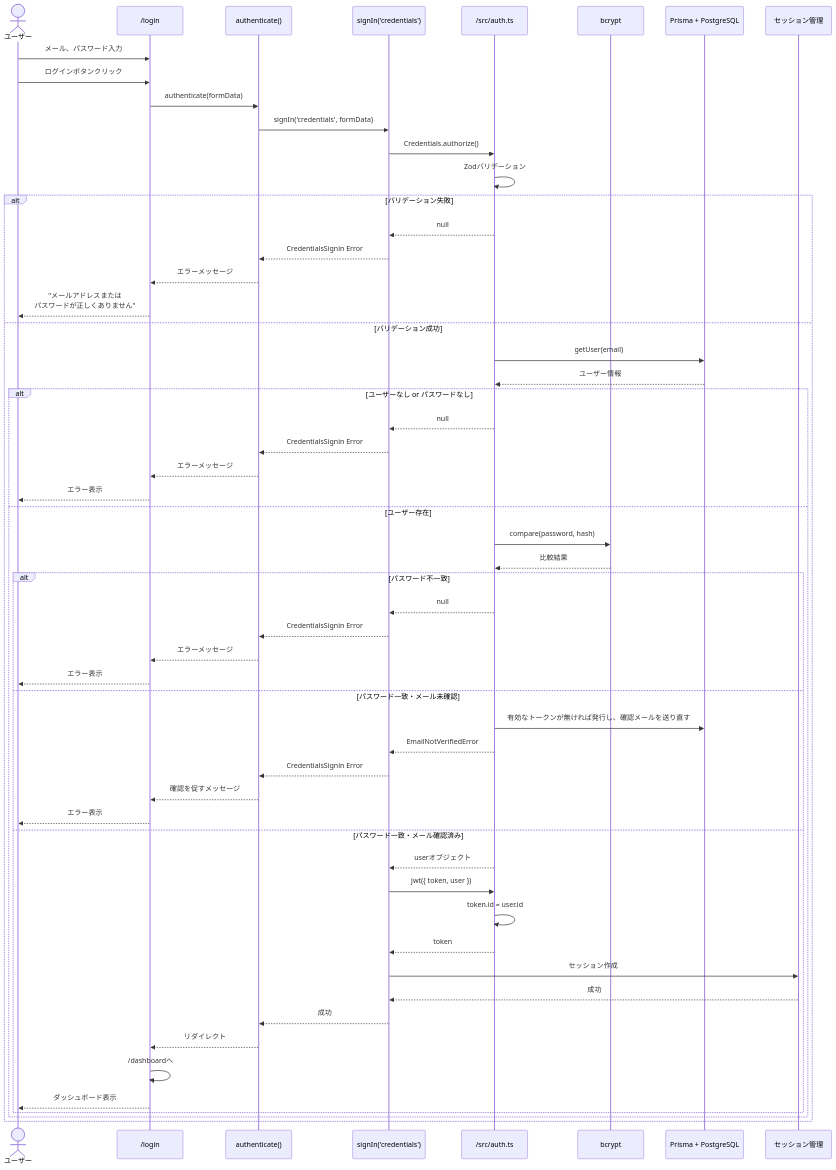
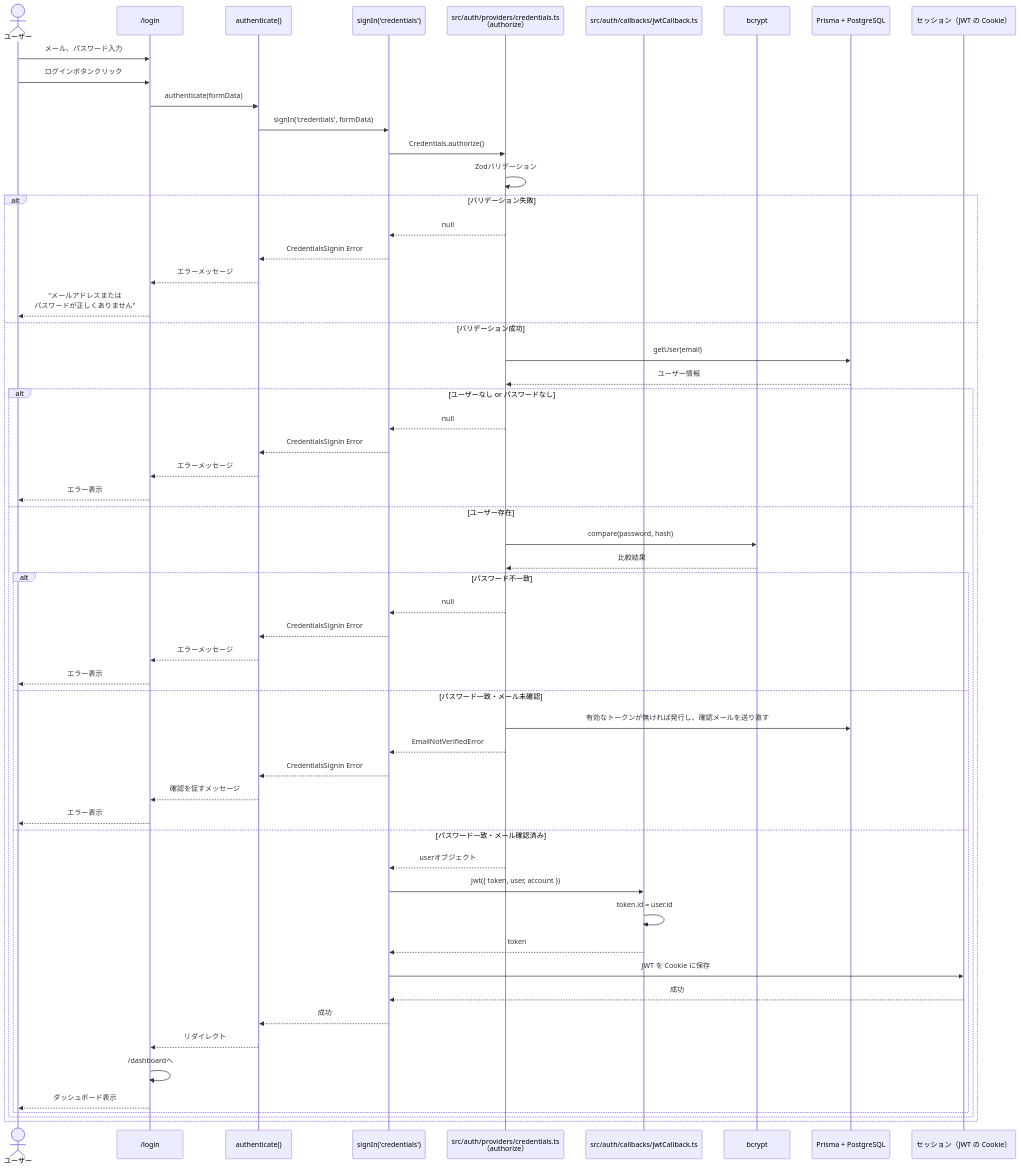
Before and after one commit to kazumadev619-dev/FishingConditionsApp: the third of 11 diagrams in docs/reference/authentication-diagrams.md, drawn with Mermaid. The commit also changed other lines of this file and 6 other files, not shown here.

````diff
--- a/docs/reference/authentication-diagrams.md
+++ b/docs/reference/authentication-diagrams.md
@@ -132,65 +132,66 @@
 ```mermaid
 sequenceDiagram
     actor User as ユーザー
     participant UI as /login
     participant Action as authenticate()
     participant NextAuth as signIn('credentials')
-    participant AuthTS as /src/auth.ts
+    participant AuthTS as src/auth/providers/credentials.ts<br/>（authorize）
+    participant JWT as src/auth/callbacks/jwtCallback.ts
     participant Bcrypt as bcrypt
     participant DB as Prisma + PostgreSQL
-    participant Session as セッション管理
+    participant Session as セッション（JWT の Cookie）
 
     User->>UI: メール、パスワード入力
     User->>UI: ログインボタンクリック
     UI->>Action: authenticate(formData)
     Action->>NextAuth: signIn('credentials', formData)
 
     NextAuth->>AuthTS: Credentials.authorize()
     AuthTS->>AuthTS: Zodバリデーション
 
     alt バリデーション失敗
         AuthTS-->>NextAuth: null
         NextAuth-->>Action: CredentialsSignin Error
         Action-->>UI: エラーメッセージ
         UI-->>User: "メールアドレスまたは<br/>パスワードが正しくありません"
     else バリデーション成功
         AuthTS->>DB: getUser(email)
         DB-->>AuthTS: ユーザー情報
 
         alt ユーザーなし or パスワードなし
             AuthTS-->>NextAuth: null
             NextAuth-->>Action: CredentialsSignin Error
             Action-->>UI: エラーメッセージ
             UI-->>User: エラー表示
         else ユーザー存在
             AuthTS->>Bcrypt: compare(password, hash)
             Bcrypt-->>AuthTS: 比較結果
 
             alt パスワード不一致
                 AuthTS-->>NextAuth: null
                 NextAuth-->>Action: CredentialsSignin Error
                 Action-->>UI: エラーメッセージ
                 UI-->>User: エラー表示
             else パスワード一致・メール未確認
                 AuthTS->>DB: 有効なトークンが無ければ発行し、確認メールを送り直す
                 AuthTS-->>NextAuth: EmailNotVerifiedError
                 NextAuth-->>Action: CredentialsSignin Error
                 Action-->>UI: 確認を促すメッセージ
                 UI-->>User: エラー表示
             else パスワード一致・メール確認済み
                 AuthTS-->>NextAuth: userオブジェクト
-                NextAuth->>AuthTS: jwt({ token, user })
-                AuthTS->>AuthTS: token.id = user.id
-                AuthTS-->>NextAuth: token
+                NextAuth->>JWT: jwt({ token, user, account })
+                JWT->>JWT: token.id = user.id
+                JWT-->>NextAuth: token
 
-                NextAuth->>Session: セッション作成
+                NextAuth->>Session: JWT を Cookie に保存
                 Session-->>NextAuth: 成功
 
                 NextAuth-->>Action: 成功
                 Action-->>UI: リダイレクト
                 UI->>UI: /dashboardへ
                 UI-->>User: ダッシュボード表示
             end
         end
     end
 ```
````
